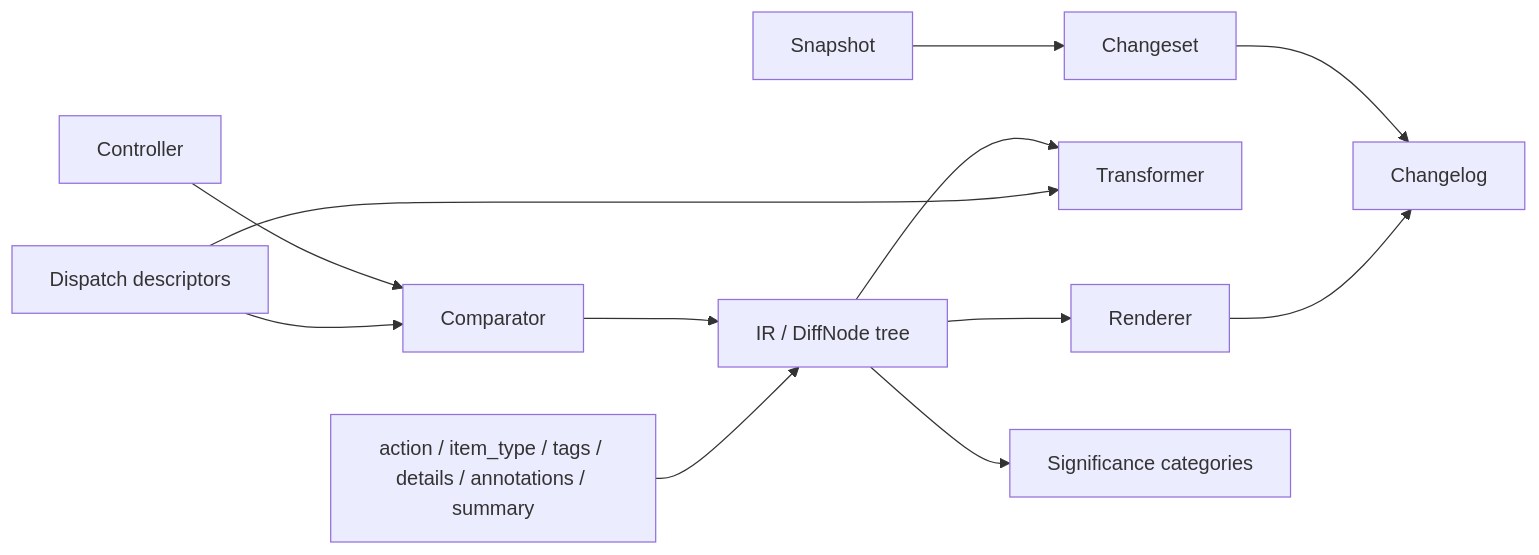
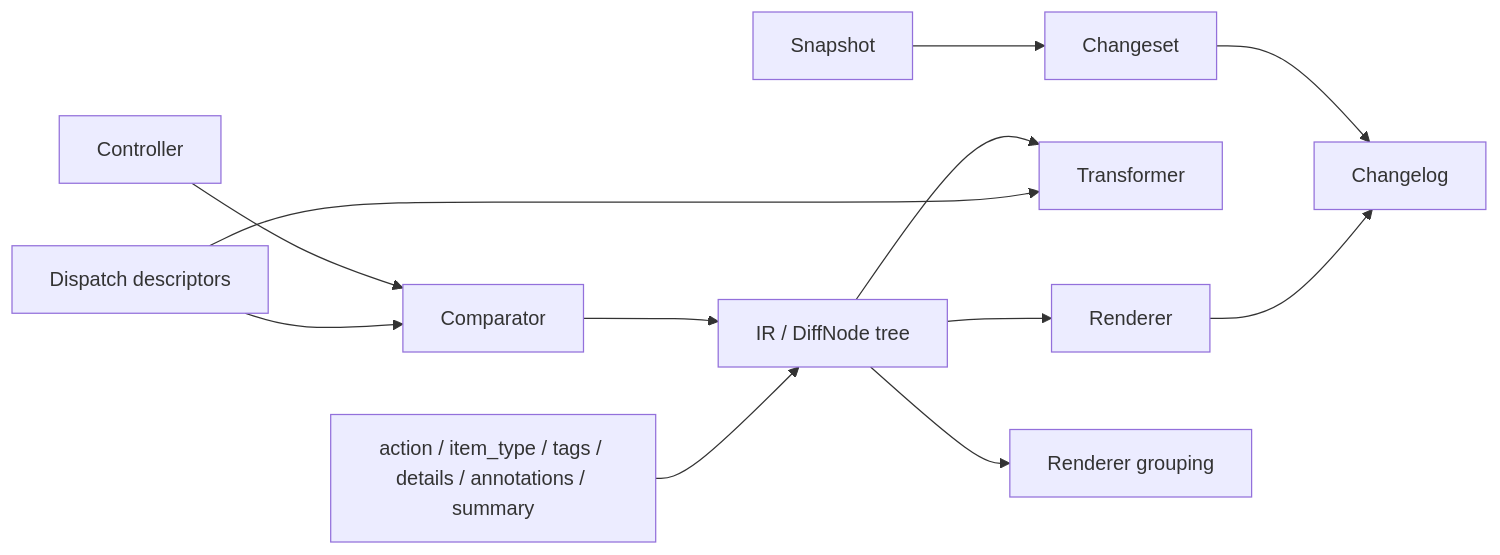
The diagram in docs/explanation/vocabulary.md (harvard-lil/binoc), drawn with Mermaid before and after one commit. The commit also changed other lines of this file and 17 other files, not shown here.

````diff
--- a/docs/explanation/vocabulary.md
+++ b/docs/explanation/vocabulary.md
@@ -11,16 +11,16 @@
 ```mermaid
 flowchart LR
     Snapshot[Snapshot] --> Changeset[Changeset]
     Changeset --> Changelog[Changelog]
 
     Controller[Controller] --> Comparator[Comparator]
     Comparator --> IR[IR / DiffNode tree]
     IR --> Transformer[Transformer]
     IR --> Renderer[Renderer]
     Renderer --> Changelog
 
     Dispatch[Dispatch descriptors] --> Comparator
     Dispatch --> Transformer
     Fields["action / item_type / tags / details / annotations / summary"] --> IR
-    IR --> Significance[Significance categories]
+    IR --> Significance[Renderer grouping]
 ```
````
